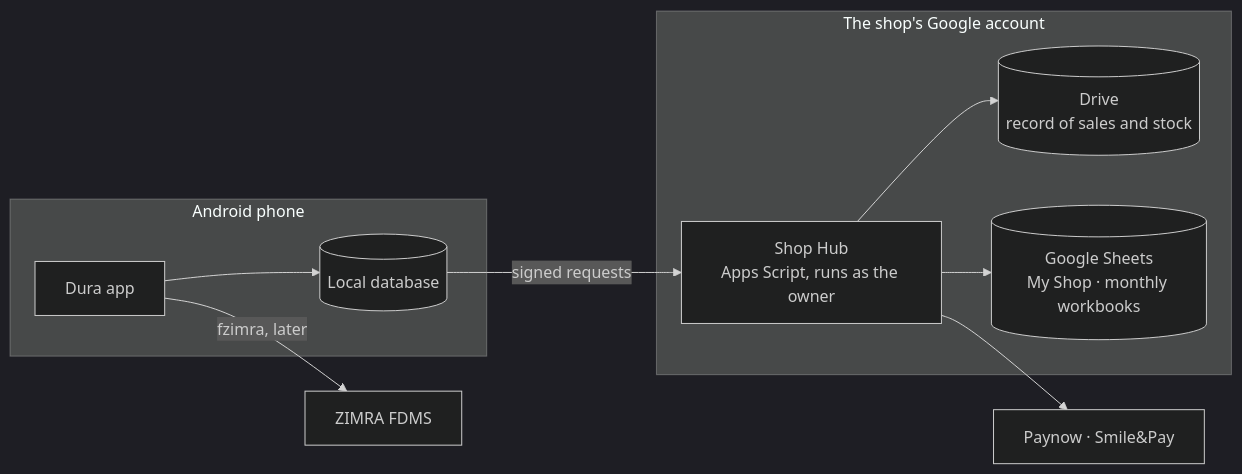
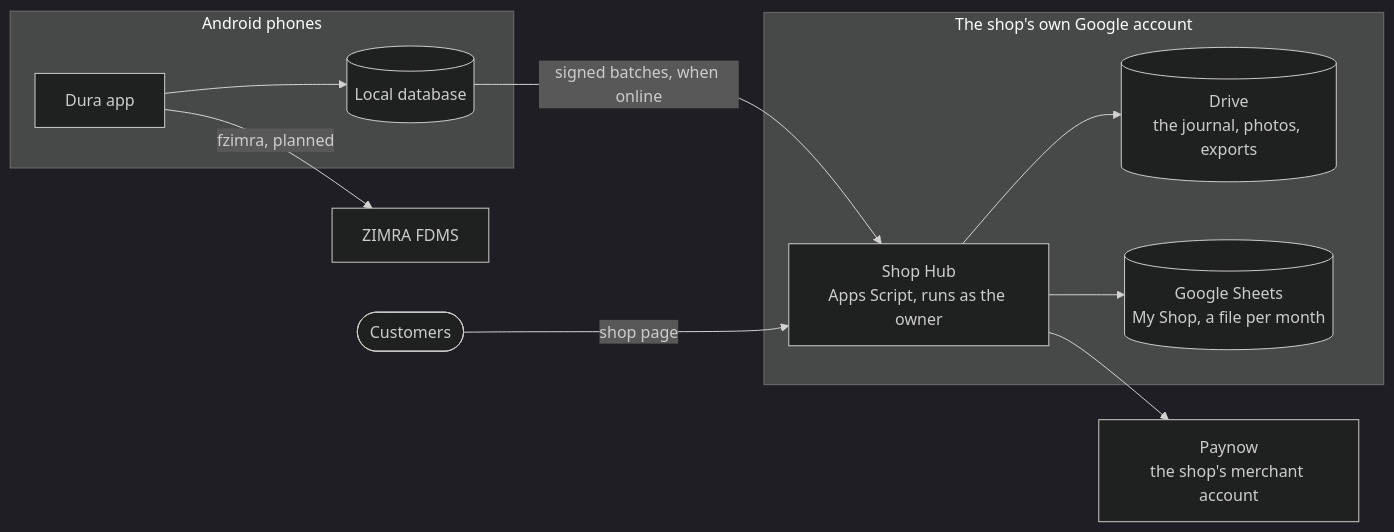
Before and after one commit to DonnC/dura-pos: the first of 2 diagrams in README.md, drawn with Mermaid (dark theme). The commit also changed other lines of this file and 20 other files, not shown here.

Commit message:
docs: add payment flows, the real-account test, brand files and a new README

````diff
--- a/README.md
+++ b/README.md
@@ -71,16 +60,17 @@
 ```mermaid
 flowchart LR
-  subgraph Phone["Android phone"]
+  subgraph Phones["Android phones"]
     App["Dura app"] --> DB[("Local database")]
   end
-  subgraph Google["The shop's Google account"]
+  subgraph Google["The shop's own Google account"]
     Hub["Shop Hub<br/>Apps Script, runs as the owner"]
-    Drive[("Drive<br/>record of sales and stock")]
-    Sheets[("Google Sheets<br/>My Shop · monthly workbooks")]
+    Drive[("Drive<br/>the journal, photos, exports")]
+    Sheets[("Google Sheets<br/>My Shop, a file per month")]
     Hub --> Drive
     Hub --> Sheets
   end
-  DB -- "signed requests" --> Hub
-  Hub --> Providers["Paynow · Smile&Pay"]
-  App -- "fzimra, later" --> ZIMRA["ZIMRA FDMS"]
+  DB -- "signed batches, when online" --> Hub
+  Hub --> Paynow["Paynow<br/>the shop's merchant account"]
+  Page(["Customers"]) -- "shop page" --> Hub
+  App -- "fzimra, planned" --> ZIMRA["ZIMRA FDMS"]
 ```
````
